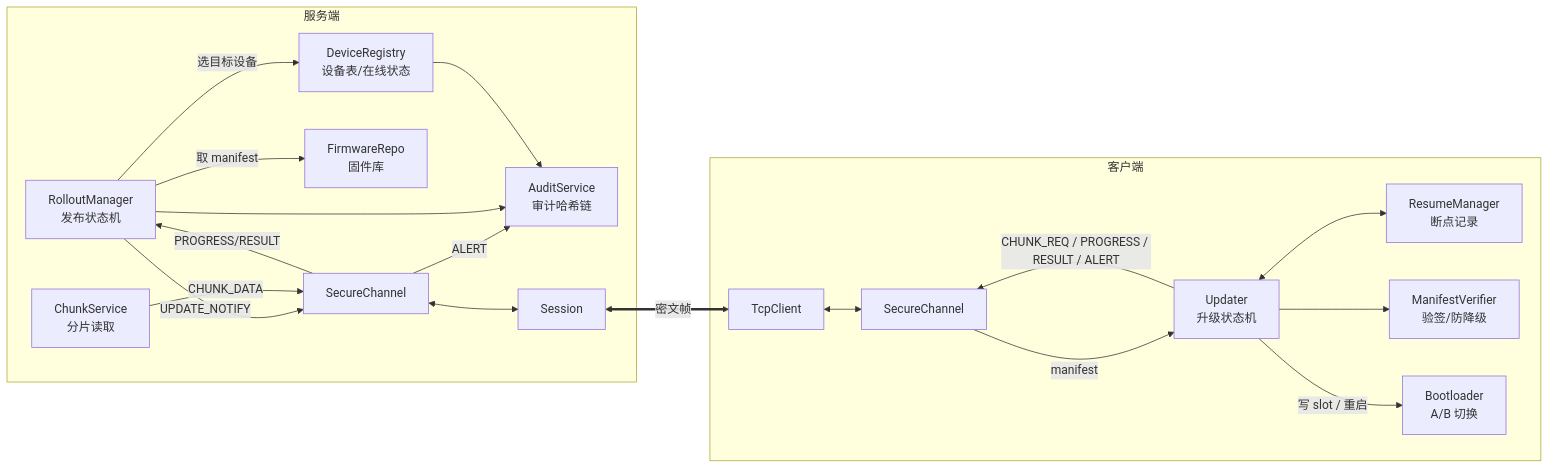
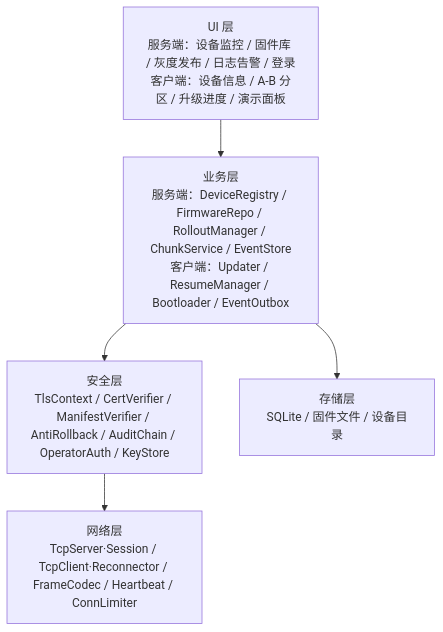
One commit to ahu-iii/firmware-distribution-system changed the third of 11 diagrams in docs/系统设计说明书.md. Above: the diagram before and after it, drawn with Mermaid. The commit also changed other lines of this file and 54 other files, not shown here.

````diff
--- a/docs/系统设计说明书.md
+++ b/docs/系统设计说明书.md
@@ -220,36 +122,10 @@
 ```mermaid
-flowchart LR
-    subgraph S["服务端"]
-        RM["RolloutManager<br/>发布状态机"]
-        DR["DeviceRegistry<br/>设备表/在线状态"]
-        FR["FirmwareRepo<br/>固件库"]
-        CS["ChunkService<br/>分片读取"]
-        AU["AuditService<br/>审计哈希链"]
-        SC1["SecureChannel"]
-        NET1["Session"]
-    end
-    subgraph C["客户端"]
-        UP["Updater<br/>升级状态机"]
-        RS["ResumeManager<br/>断点记录"]
-        MV["ManifestVerifier<br/>验签/防降级"]
-        BL["Bootloader<br/>A/B 切换"]
-        SC2["SecureChannel"]
-        NET2["TcpClient"]
-    end
-    RM -->|选目标设备| DR
-    RM -->|取 manifest| FR
-    RM -->|UPDATE_NOTIFY| SC1
-    CS -->|CHUNK_DATA| SC1
-    SC1 <--> NET1
-    NET1 <==>|密文帧| NET2
-    NET2 <--> SC2
-    SC2 -->|manifest| UP
-    UP --> MV
-    UP <--> RS
-    UP -->|CHUNK_REQ / PROGRESS / RESULT / ALERT| SC2
-    UP -->|写 slot / 重启| BL
-    SC1 -->|PROGRESS/RESULT| RM
-    SC1 -->|ALERT| AU
-    RM --> AU
-    DR --> AU
+flowchart TB
+    UI["UI 层<br/>服务端：设备监控 / 固件库 / 灰度发布 / 日志告警 / 登录<br/>客户端：设备信息 / A-B 分区 / 升级进度 / 演示面板"]
+    BIZ["业务层<br/>服务端：DeviceRegistry / FirmwareRepo / RolloutManager / ChunkService / EventStore<br/>客户端：Updater / ResumeManager / Bootloader / EventOutbox"]
+    SEC["安全层<br/>TlsContext / CertVerifier / ManifestVerifier / AntiRollback / AuditChain / OperatorAuth / KeyStore"]
+    NET["网络层<br/>TcpServer·Session / TcpClient·Reconnector / FrameCodec / Heartbeat / ConnLimiter"]
+    STO["存储层<br/>SQLite / 固件文件 / 设备目录"]
+    UI --> BIZ --> SEC --> NET
+    BIZ --> STO
 ```
````
